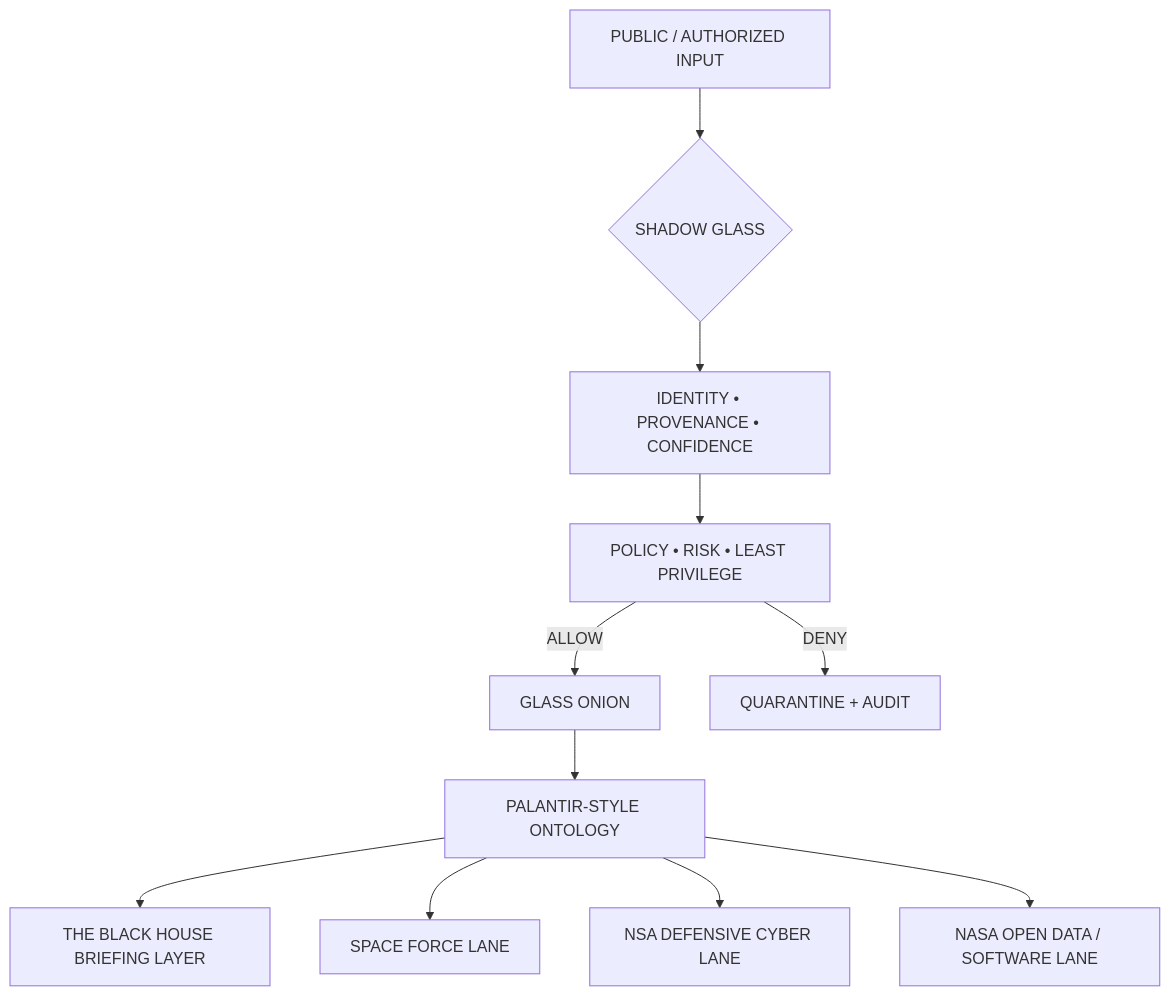
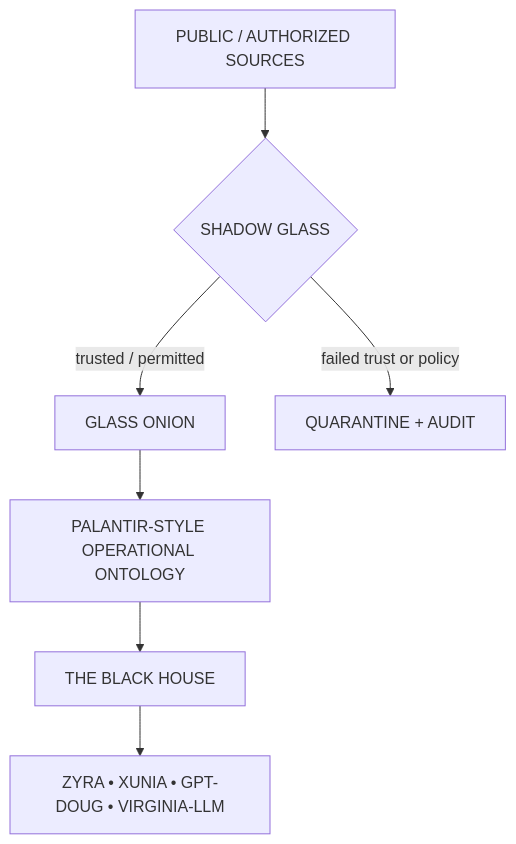
Before and after one commit to sonoxo/gpt-doug-llm: the diagram in safety-shield/SHADOW_GLASS.md, drawn with Mermaid. The commit also changed other lines of this file, not shown here.

````diff
--- a/safety-shield/SHADOW_GLASS.md
+++ b/safety-shield/SHADOW_GLASS.md
@@ -23,18 +93,15 @@
 ```mermaid
 flowchart TB
-    I[PUBLIC / AUTHORIZED INPUT]
+    SRC[PUBLIC / AUTHORIZED SOURCES]
     SG{SHADOW GLASS}
-    V[IDENTITY • PROVENANCE • CONFIDENCE]
-    P[POLICY • RISK • LEAST PRIVILEGE]
     GO[GLASS ONION]
-    O[PALANTIR-STYLE ONTOLOGY]
-    B[THE BLACK HOUSE BRIEFING LAYER]
+    ONT[PALANTIR-STYLE OPERATIONAL ONTOLOGY]
+    BH[THE BLACK HOUSE]
+    C[ZYRA • XUNIA • GPT-DOUG • VIRGINIA-LLM]
+    Q[QUARANTINE + AUDIT]
 
-    I --> SG --> V --> P
-    P -->|ALLOW| GO --> O --> B
-    P -->|DENY| Q[QUARANTINE + AUDIT]
-
-    O --> SF[SPACE FORCE LANE]
-    O --> NSA[NSA DEFENSIVE CYBER LANE]
-    O --> NASA[NASA OPEN DATA / SOFTWARE LANE]
+    SRC --> SG
+    SG -->|trusted / permitted| GO
+    SG -->|failed trust or policy| Q
+    GO --> ONT --> BH --> C
 ```
````
